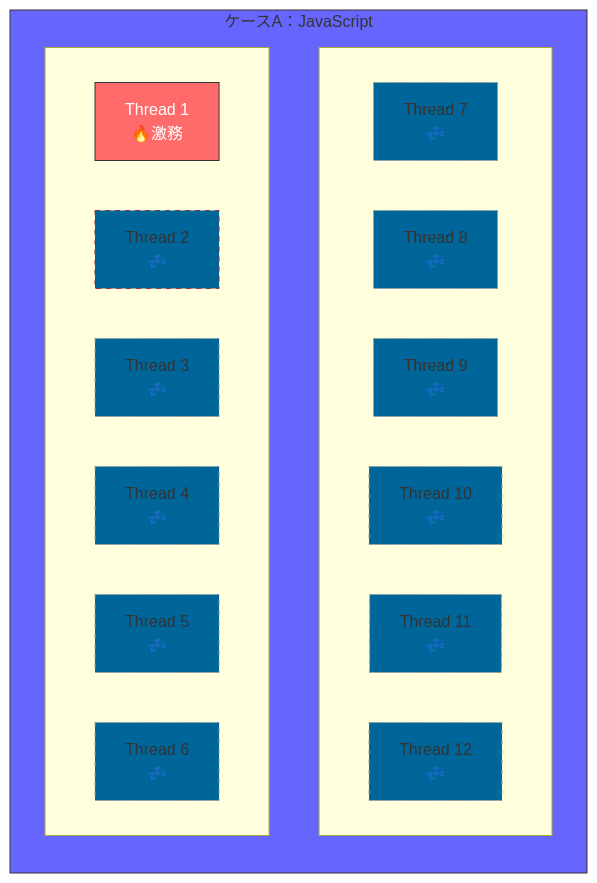
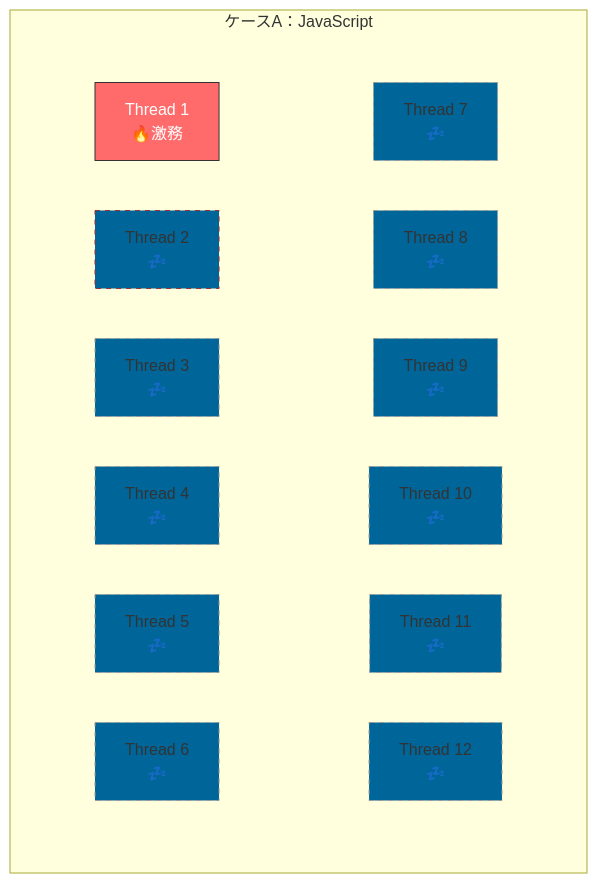
Before and after one commit to komiyamma/site_ichika_study_async_await_fetch: the fourth of 6 diagrams in D01.md, drawn with Mermaid.

Commit message:
fix: グラフのサブグラフ名を小文字に変更し、スタイルを調整 - サブグラフ名を「ROW1」と「ROW2」から「row1」と「row2」に変更 - 行サブグラフの枠線を消すスタイルを追加

````diff
--- a/D01.md
+++ b/D01.md
@@ -258,43 +258,46 @@
 ```mermaid
 graph TB
     subgraph JS_CPU["ケースA：JavaScript"]
         direction TB
-        style JS_CPU fill:#66f,stroke:#333,stroke-width:1px
 
         %% 2段目（横並び6つ）
-        subgraph ROW2[ ]
+        subgraph row2[ ]
             direction LR
             J7["Thread 7<br>💤"]
             J8["Thread 8<br>💤"]
             J9["Thread 9<br>💤"]
             J10["Thread 10<br>💤"]
             J11["Thread 11<br>💤"]
             J12["Thread 12<br>💤"]
         end
 
         %% 1段目（横並び6つ）
-        subgraph ROW1[ ]
+        subgraph row1[ ]
             direction LR
             J1["Thread 1<br>🔥激務"]
             J2["Thread 2<br>💤"]
             J3["Thread 3<br>💤"]
             J4["Thread 4<br>💤"]
             J5["Thread 5<br>💤"]
             J6["Thread 6<br>💤"]
         end
 
 
         style J1 fill:#ff6b6b,stroke:#333,color:white
         style J2 fill:#069,stroke:#933,stroke-dasharray:5 5
         style J3 fill:#069,stroke:#999,stroke-dasharray:5 5
         style J4 fill:#069,stroke:#999,stroke-dasharray:5 5
         style J5 fill:#069,stroke:#999,stroke-dasharray:5 5
         style J6 fill:#069,stroke:#999,stroke-dasharray:5 5
         style J7 fill:#069,stroke:#999,stroke-dasharray:5 5
         style J8 fill:#069,stroke:#999,stroke-dasharray:5 5
         style J9 fill:#069,stroke:#999,stroke-dasharray:5 5
         style J10 fill:#069,stroke:#999,stroke-dasharray:5 5
         style J11 fill:#069,stroke:#999,stroke-dasharray:5 5
         style J12 fill:#069,stroke:#999,stroke-dasharray:5 5
     end
+
+        %% 行サブグラフの枠線を消したい場合
+        style row1 fill:transparent,stroke-width:0px
+        style row2 fill:transparent,stroke-width:0px
 ```
````
